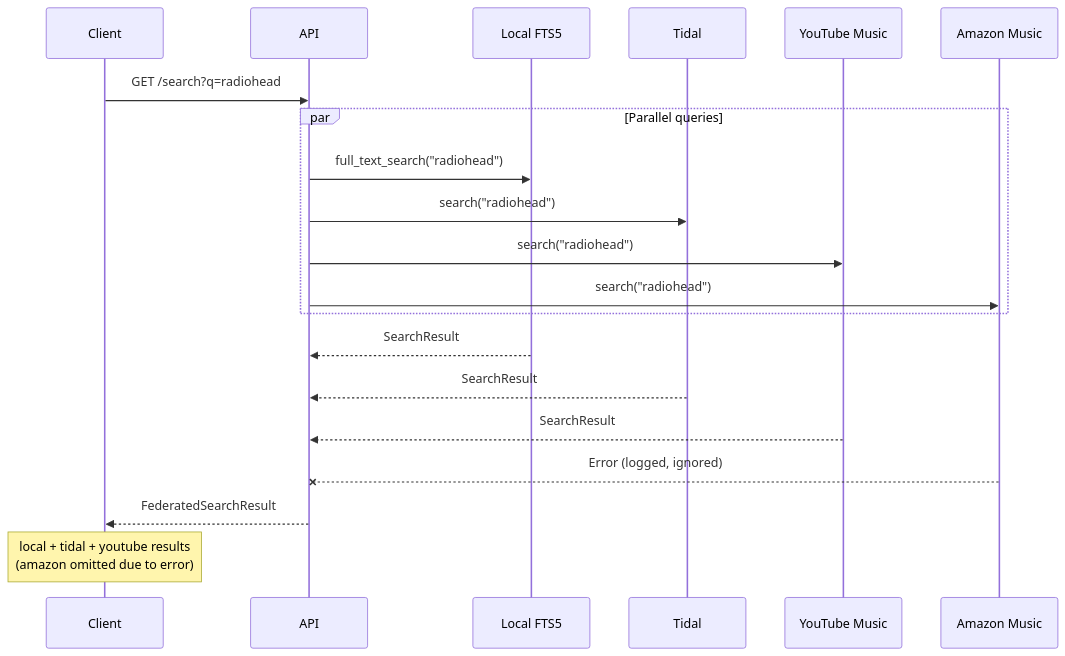
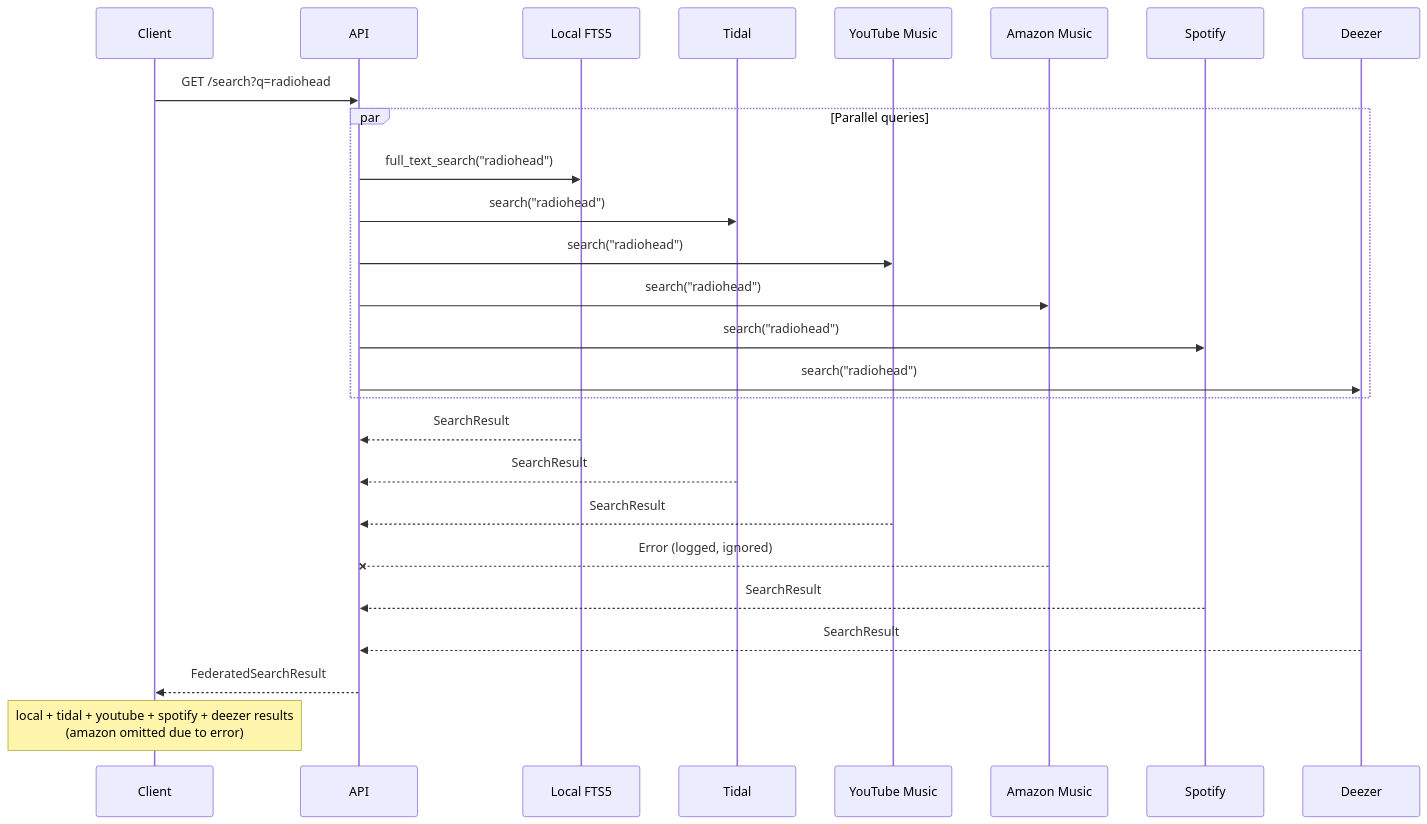
The seventh of 10 diagrams in docs/architecture.md (renesenses/tune-server-linux), drawn with Mermaid before and after one commit. The commit also changed other lines of this file and 9 other files, not shown here.

First line of the commit message:
docs: update all docs and add Tidal/Qobuz/Amazon setup guides

````diff
--- a/docs/architecture.md
+++ b/docs/architecture.md
@@ -184,23 +188,29 @@
 ```mermaid
 sequenceDiagram
     participant C as Client
     participant API as API
     participant LOCAL as Local FTS5
     participant TIDAL as Tidal
     participant YT as YouTube Music
     participant AMZN as Amazon Music
+    participant SPOT as Spotify
+    participant DEEZ as Deezer
 
     C->>API: GET /search?q=radiohead
     par Parallel queries
         API->>LOCAL: full_text_search("radiohead")
         API->>TIDAL: search("radiohead")
         API->>YT: search("radiohead")
         API->>AMZN: search("radiohead")
+        API->>SPOT: search("radiohead")
+        API->>DEEZ: search("radiohead")
     end
     LOCAL-->>API: SearchResult
     TIDAL-->>API: SearchResult
     YT-->>API: SearchResult
     AMZN--xAPI: Error (logged, ignored)
+    SPOT-->>API: SearchResult
+    DEEZ-->>API: SearchResult
     API-->>C: FederatedSearchResult
-    Note over C: local + tidal + youtube results<br>(amazon omitted due to error)
+    Note over C: local + tidal + youtube + spotify + deezer results<br>(amazon omitted due to error)
 ```
````
